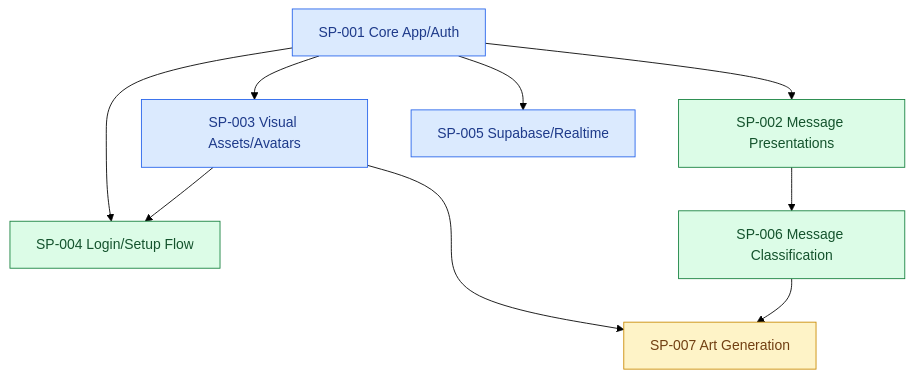
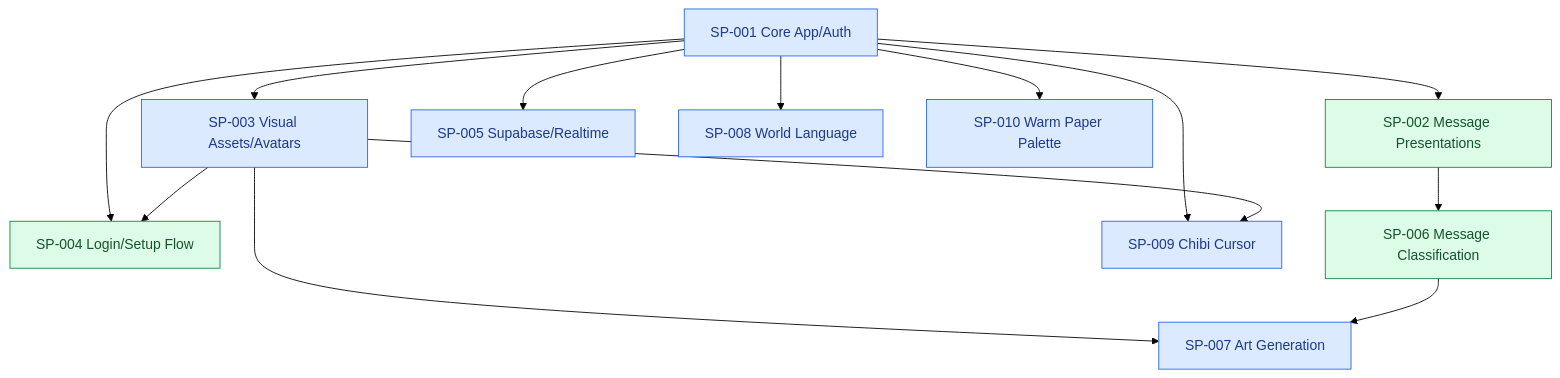
Before and after one commit to SafwanKamal/Kokoroe: the diagram in .codex/PROJECT_LEDGER.md, drawn with Mermaid (forest theme). The commit also changed other lines of this file and 85 other files, not shown here.

````diff
--- a/.codex/PROJECT_LEDGER.md
+++ b/.codex/PROJECT_LEDGER.md
@@ -67,30 +70,40 @@
 ```mermaid
 flowchart TD
     SP001["SP-001 Core App/Auth"]
     SP002["SP-002 Message Presentations"]
     SP003["SP-003 Visual Assets/Avatars"]
     SP004["SP-004 Login/Setup Flow"]
     SP005["SP-005 Supabase/Realtime"]
     SP006["SP-006 Message Classification"]
     SP007["SP-007 Art Generation"]
+    SP008["SP-008 World Language"]
+    SP009["SP-009 Chibi Cursor"]
+    SP010["SP-010 Warm Paper Palette"]
     SP001 --> SP002
     SP001 --> SP003
     SP001 --> SP004
     SP001 --> SP005
     SP003 --> SP004
     SP002 --> SP006
     SP003 --> SP007
     SP006 --> SP007
+    SP001 --> SP008
+    SP001 --> SP009
+    SP003 --> SP009
+    SP001 --> SP010
     classDef complete fill:#dcfce7,stroke:#15803d,color:#14532d
     classDef active fill:#dbeafe,stroke:#2563eb,color:#1e3a8a
     classDef ready fill:#fef3c7,stroke:#ca8a04,color:#713f12
     classDef blocked fill:#ffedd5,stroke:#ea580c,color:#7c2d12
     classDef deferred fill:#f3f4f6,stroke:#6b7280,color:#374151
     class SP001 active
     class SP002 complete
     class SP003 active
     class SP004 complete
     class SP005 active
     class SP006 complete
-    class SP007 ready
+    class SP007 active
+    class SP008 active
+    class SP009 active
+    class SP010 active
 ```
````
